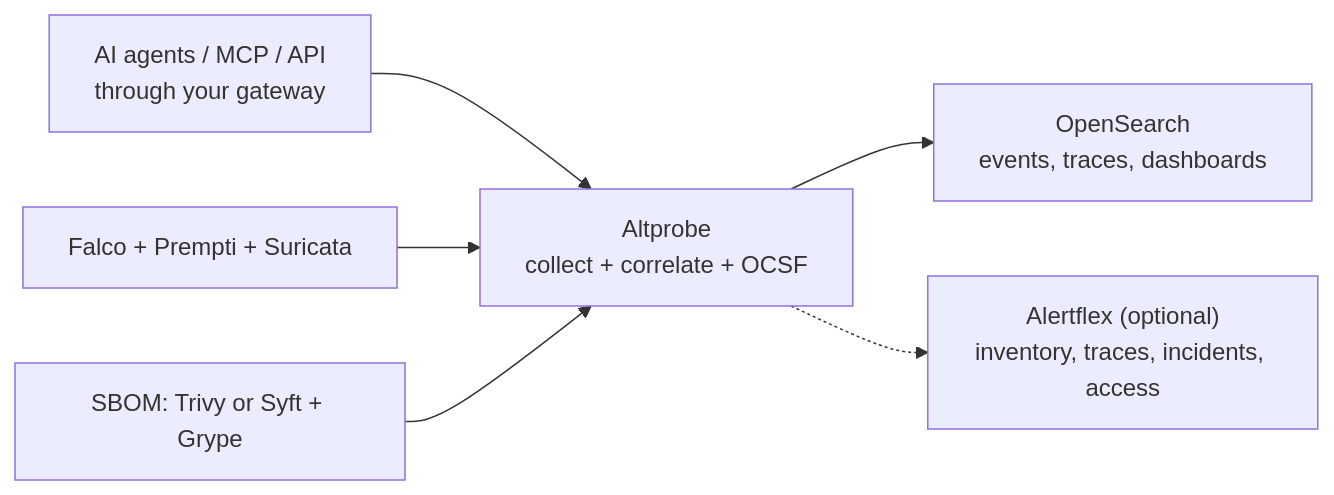
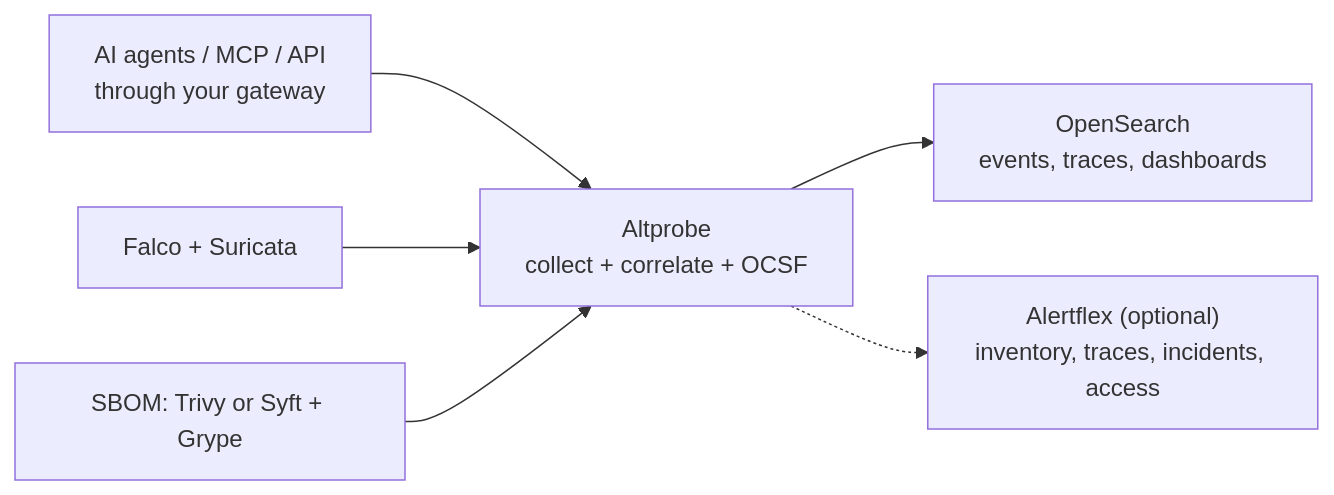
Before and after one commit to olegzhr/altprobe: the diagram in README.md, drawn with Mermaid. The commit also changed other lines of this file and 248 other files, not shown here.

````diff
--- a/README.md
+++ b/README.md
@@ -27,8 +26,8 @@
 ```mermaid
 flowchart LR
     GW["AI agents / MCP / API<br/>through your gateway"] --> AP["Altprobe<br/>collect + correlate + OCSF"]
-    IDS["Falco + Prempti + Suricata"] --> AP
+    IDS["Falco + Suricata"] --> AP
     SBOM["SBOM: Trivy or Syft + Grype"] --> AP
     AP --> OS["OpenSearch<br/>events, traces, dashboards"]
     AP -.-> AF["Alertflex (optional)<br/>inventory, traces, incidents, access"]
 ```
````
